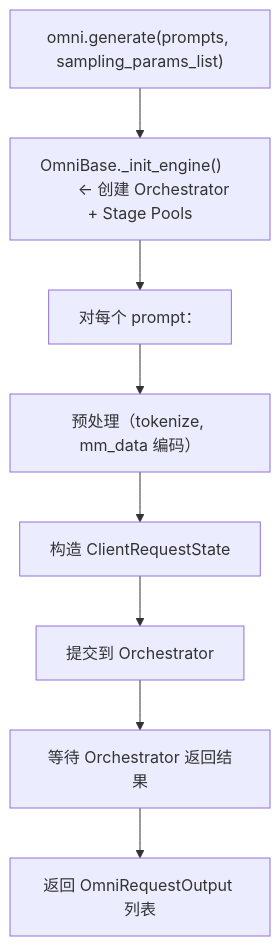
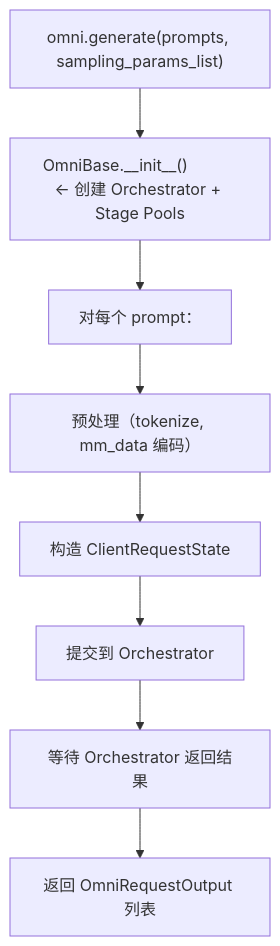
Before and after one commit to keyuanweb/ai-learning-path: the diagram in vllm-omni-learning-path/03-入口与API层/01-Omni与AsyncOmni.md, drawn with Mermaid. The commit also changed other lines of this file and 176 other files, not shown here.

First line of the commit message:
docs: 全仓库文档校对修复——错别字/失效链接/Mermaid图/源码引用

````diff
--- a/vllm-omni-learning-path/03-入口与API层/01-Omni与AsyncOmni.md
+++ b/vllm-omni-learning-path/03-入口与API层/01-Omni与AsyncOmni.md
@@ -94,18 +96,18 @@
 ```mermaid
 flowchart TD
   n0["omni.generate(prompts, sampling_params_list)"]
-  n1["OmniBase._init_engine()           ← 创建 Orchestrator + Stage Pools"]
+  n1["OmniBase.__init__()           ← 创建 Orchestrator + Stage Pools"]
   n2["对每个 prompt："]
   n3["预处理（tokenize, mm_data 编码）"]
   n4["构造 ClientRequestState"]
   n5["提交到 Orchestrator"]
   n6["等待 Orchestrator 返回结果"]
   n7["返回 OmniRequestOutput 列表"]
   n0 --> n1
   n1 --> n2
   n2 --> n3
   n3 --> n4
   n4 --> n5
   n5 --> n6
   n6 --> n7
 ```
````
